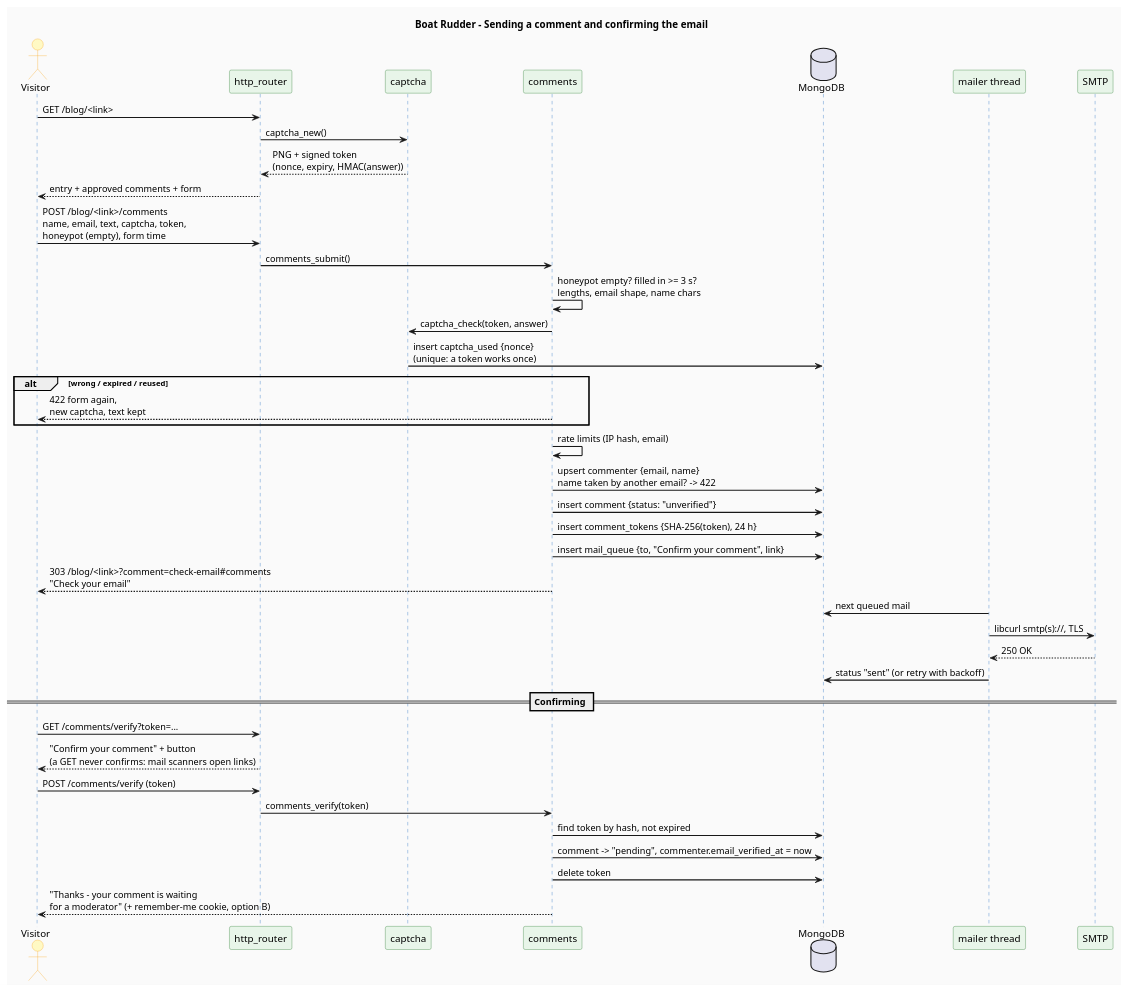
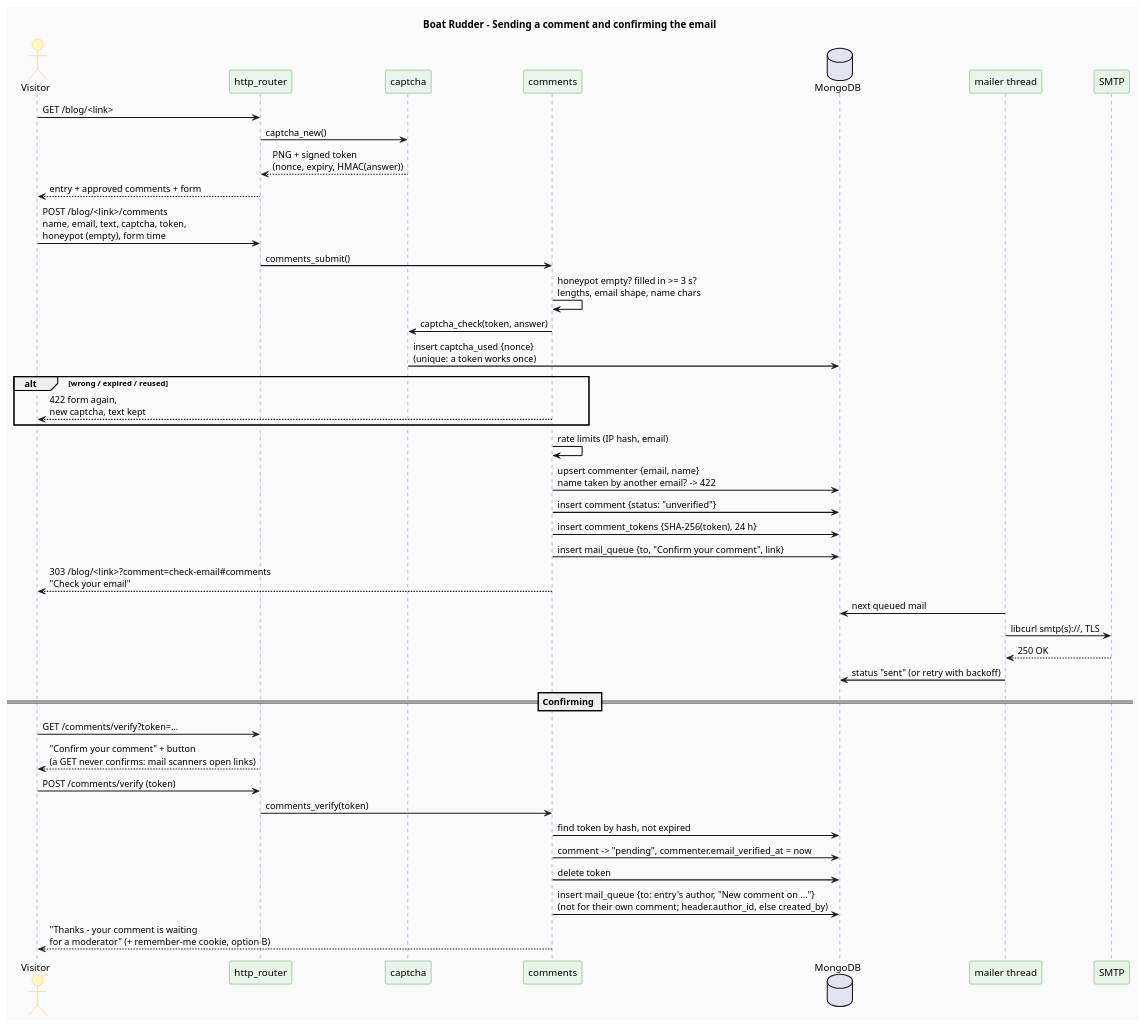
One commit to jpablotoledom/boat-rudder changed the diagram in develop_docs/diagrams/sequence-comment-submit.puml. Above: the diagram before and after it, drawn with PlantUML. The commit also changed 16 other files, not shown here.

```diff
--- a/develop_docs/diagrams/sequence-comment-submit.puml
+++ b/develop_docs/diagrams/sequence-comment-submit.puml
@@ -1,59 +1,60 @@
 @startuml sequence-comment-submit
 
 title Boat Rudder - Sending a comment and confirming the email
 
 skinparam backgroundColor #FAFAFA
 skinparam sequenceArrowThickness 1.5
 skinparam sequence {
     LifeLineBackgroundColor #E3F2FD
     LifeLineBorderColor #1565C0
     ActorBackgroundColor #FFF9C4
     ActorBorderColor #F9A825
     ParticipantBackgroundColor #E8F5E9
     ParticipantBorderColor #2E7D32
 }
 
 actor Visitor
 participant "http_router" as R
 participant "captcha" as CAP
 participant "comments" as COM
 database "MongoDB" as DB
 participant "mailer thread" as MAIL
 participant "SMTP" as SMTP
 
 Visitor -> R : GET /blog/<link>
 R -> CAP : captcha_new()
 CAP --> R : PNG + signed token\n(nonce, expiry, HMAC(answer))
 R --> Visitor : entry + approved comments + form
 
 Visitor -> R : POST /blog/<link>/comments\nname, email, text, captcha, token,\nhoneypot (empty), form time
 R -> COM : comments_submit()
 COM -> COM : honeypot empty? filled in >= 3 s?\nlengths, email shape, name chars
 COM -> CAP : captcha_check(token, answer)
 CAP -> DB : insert captcha_used {nonce}\n(unique: a token works once)
 alt wrong / expired / reused
     COM --> Visitor : 422 form again,\nnew captcha, text kept
 end
 COM -> COM : rate limits (IP hash, email)
 COM -> DB : upsert commenter {email, name}\nname taken by another email? -> 422
 COM -> DB : insert comment {status: "unverified"}
 COM -> DB : insert comment_tokens {SHA-256(token), 24 h}
 COM -> DB : insert mail_queue {to, "Confirm your comment", link}
 COM --> Visitor : 303 /blog/<link>?comment=check-email#comments\n"Check your email"
 
 MAIL -> DB : next queued mail
 MAIL -> SMTP : libcurl smtp(s)://, TLS
 SMTP --> MAIL : 250 OK
 MAIL -> DB : status "sent" (or retry with backoff)
 
 == Confirming ==
 Visitor -> R : GET /comments/verify?token=...
 R --> Visitor : "Confirm your comment" + button\n(a GET never confirms: mail scanners open links)
 Visitor -> R : POST /comments/verify (token)
 R -> COM : comments_verify(token)
 COM -> DB : find token by hash, not expired
 COM -> DB : comment -> "pending", commenter.email_verified_at = now
 COM -> DB : delete token
+COM -> DB : insert mail_queue {to: entry's author, "New comment on ..."}\n(not for their own comment; header.author_id, else created_by)
 COM --> Visitor : "Thanks - your comment is waiting\nfor a moderator" (+ remember-me cookie, option B)
 
 @enduml
```
